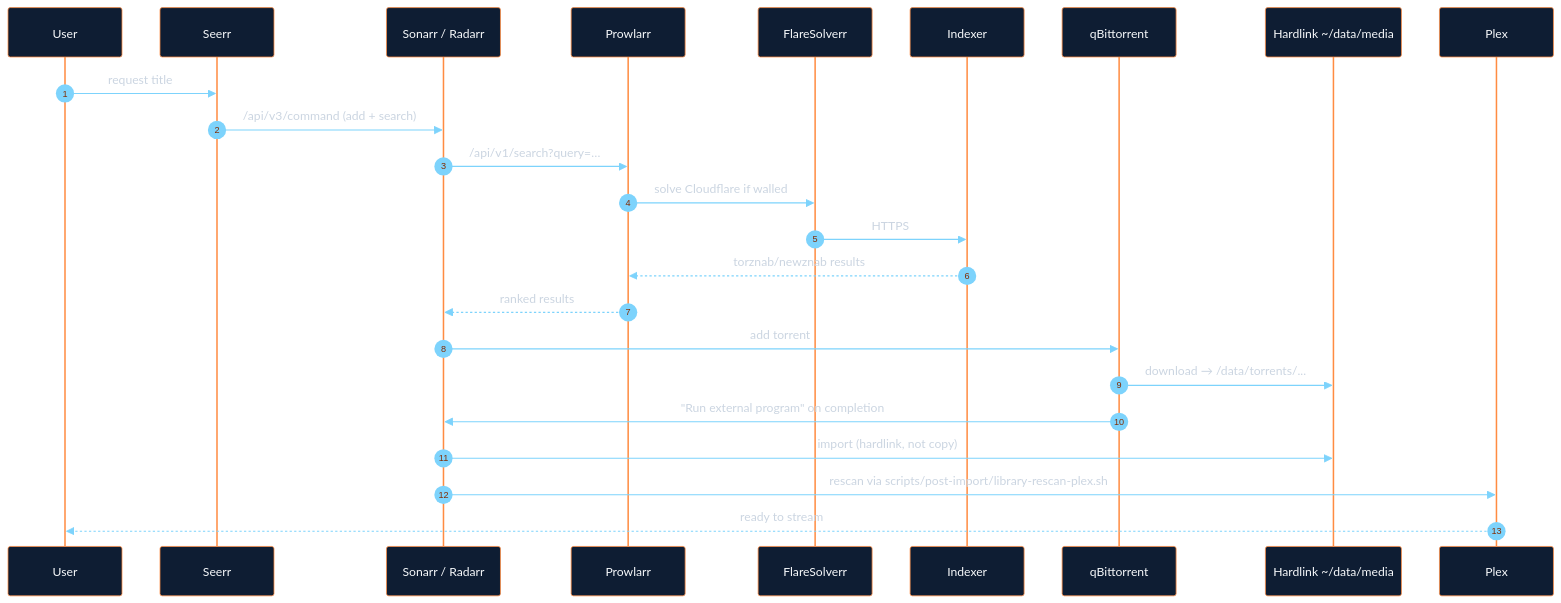
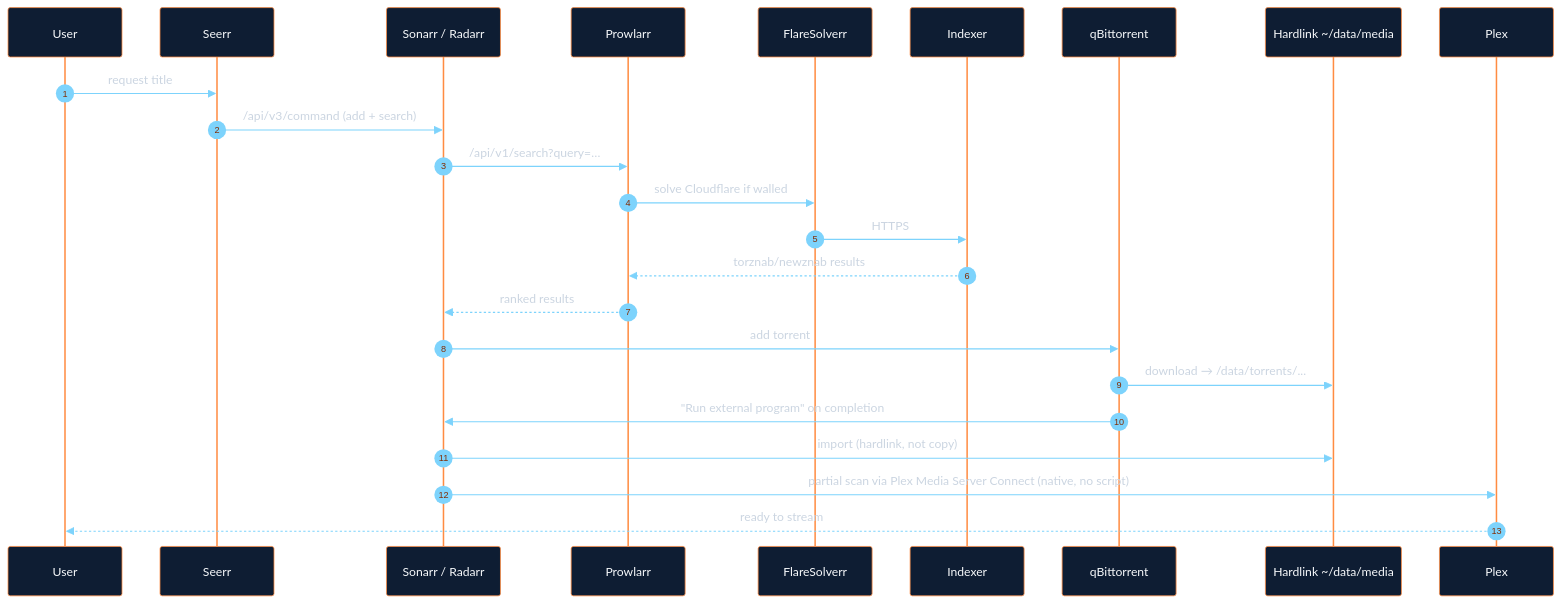
The second of 6 diagrams in README.md (Quadstronaut/QFlix), drawn with Mermaid before and after one commit. The commit also changed 7 other files, not shown here.

````diff
--- a/README.md
+++ b/README.md
@@ -119,27 +119,27 @@
 ```mermaid
 %%{init: {'theme':'base','themeVariables':{'primaryColor':'#0e1d33','primaryTextColor':'#f8fafc','primaryBorderColor':'#ff8c42','lineColor':'#7dd3fc','secondaryColor':'#05101f','tertiaryColor':'#0a1628','actorBkg':'#0e1d33','actorBorder':'#ff8c42','actorTextColor':'#f8fafc','signalColor':'#7dd3fc','signalTextColor':'#cbd5e1','labelBoxBkgColor':'#0e1d33','labelTextColor':'#d4af37','noteBkgColor':'#05101f','noteTextColor':'#cbd5e1'}}}%%
 sequenceDiagram
   autonumber
   participant U as User
   participant J as Seerr
   participant S as Sonarr / Radarr
   participant P as Prowlarr
   participant F as FlareSolverr
   participant I as Indexer
   participant Q as qBittorrent
   participant FS as Hardlink ~/data/media
   participant PX as Plex
   U->>J: request title
   J->>S: /api/v3/command (add + search)
   S->>P: /api/v1/search?query=…
   P->>F: solve Cloudflare if walled
   F->>I: HTTPS
   I-->>P: torznab/newznab results
   P-->>S: ranked results
   S->>Q: add torrent
   Q->>FS: download → /data/torrents/...
   Q->>S: "Run external program" on completion
   S->>FS: import (hardlink, not copy)
-  S->>PX: rescan via scripts/post-import/library-rescan-plex.sh
+  S->>PX: partial scan via Plex Media Server Connect (native, no script)
   PX-->>U: ready to stream
 ```
````
